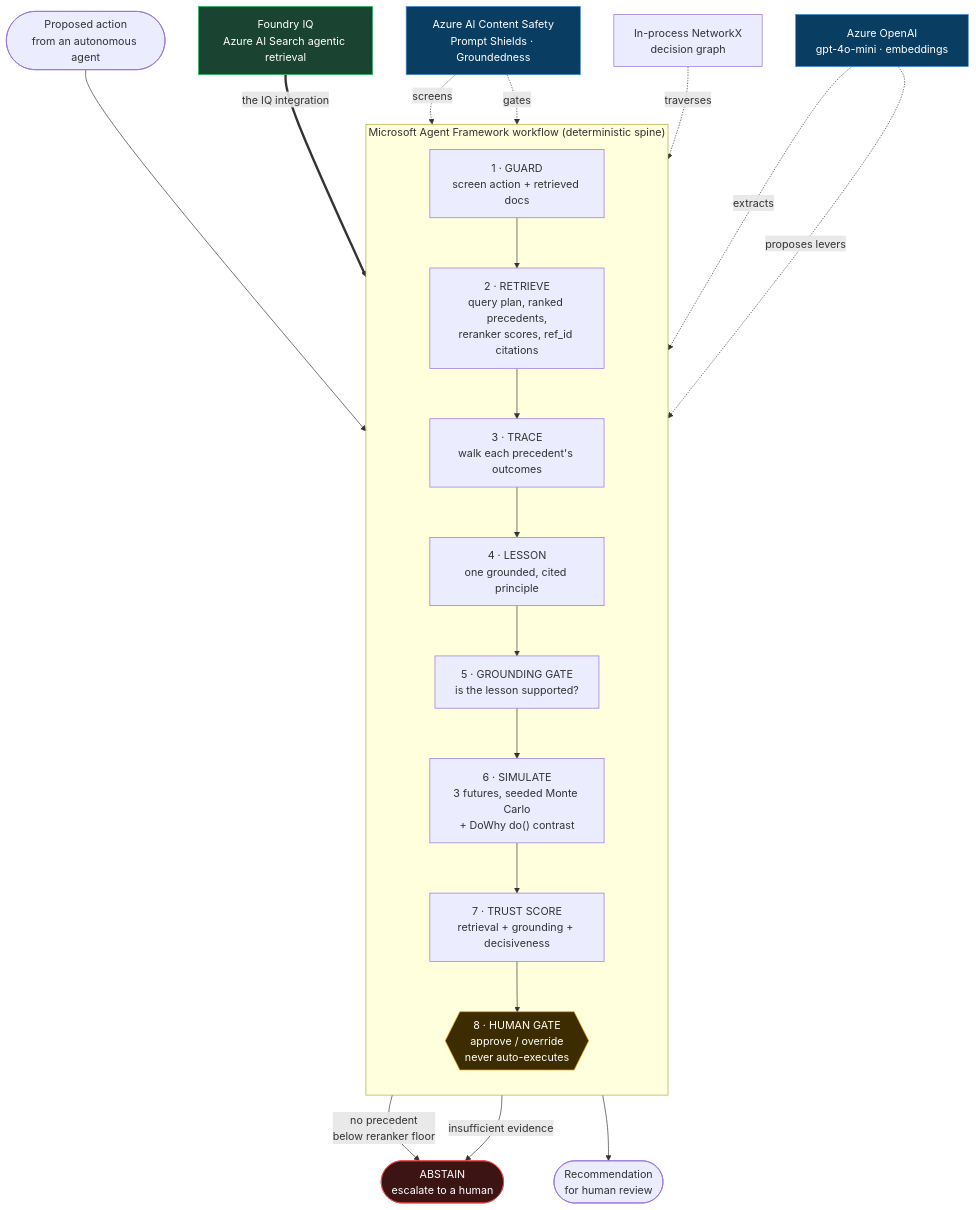
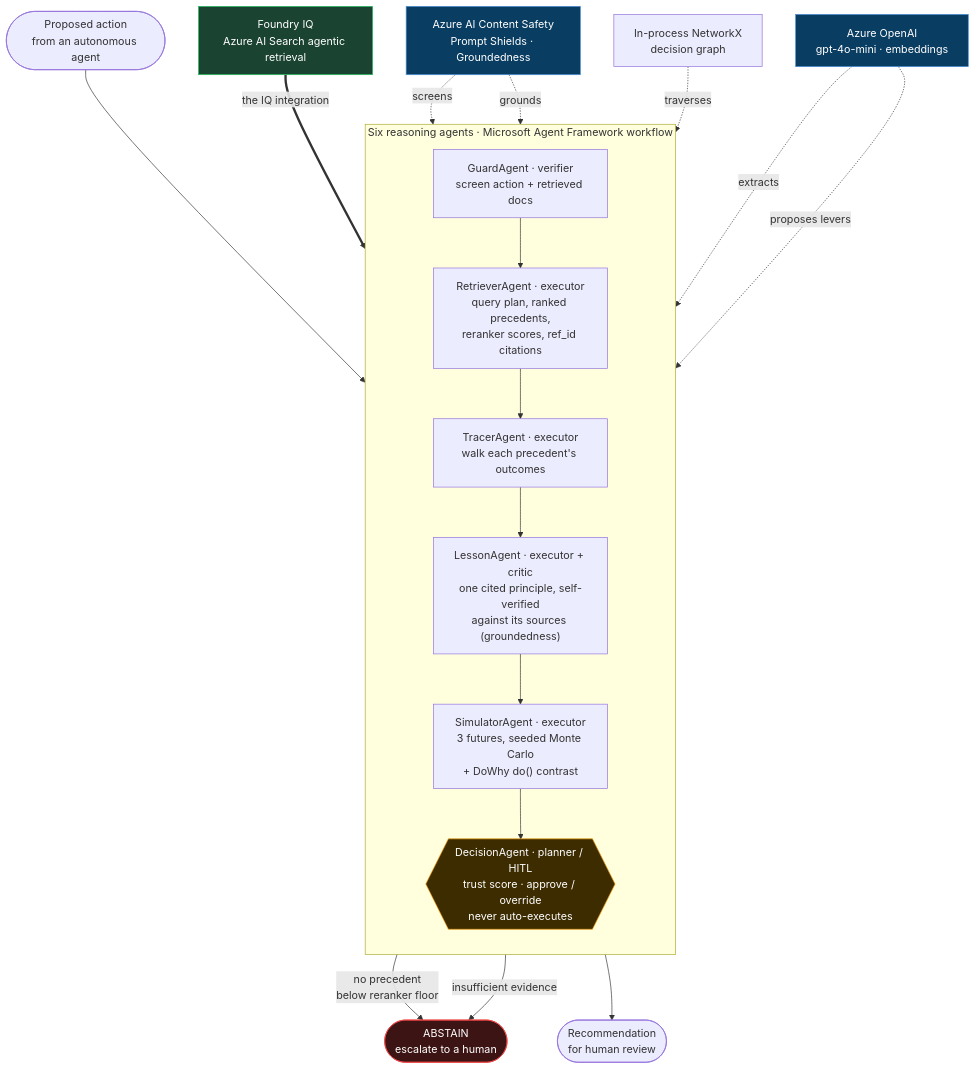
One commit to vighriday/janus changed the diagram in docs/ARCHITECTURE.md. Above: the diagram before and after it, drawn with Mermaid. The commit also changed other lines of this file and 4 other files, not shown here.

First line of the commit message:
Name the six reasoning agents and frame JANUS as a multi-agent system

````diff
--- a/docs/ARCHITECTURE.md
+++ b/docs/ARCHITECTURE.md
@@ -17,42 +18,40 @@
 ```mermaid
 flowchart TD
     A([Proposed action<br/>from an autonomous agent]) --> G
 
-    subgraph spine["Microsoft Agent Framework workflow (deterministic spine)"]
+    subgraph spine["Six reasoning agents · Microsoft Agent Framework workflow"]
         direction TB
-        G["1 · GUARD<br/>screen action + retrieved docs"]
-        R["2 · RETRIEVE<br/>query plan, ranked precedents,<br/>reranker scores, ref_id citations"]
-        T["3 · TRACE<br/>walk each precedent's outcomes"]
-        L["4 · LESSON<br/>one grounded, cited principle"]
-        GR["5 · GROUNDING GATE<br/>is the lesson supported?"]
-        SIM["6 · SIMULATE<br/>3 futures, seeded Monte Carlo<br/>+ DoWhy do() contrast"]
-        TR["7 · TRUST SCORE<br/>retrieval + grounding + decisiveness"]
-        H{{"8 · HUMAN GATE<br/>approve / override<br/>never auto-executes"}}
-        G --> R --> T --> L --> GR --> SIM --> TR --> H
+        G["GuardAgent · verifier<br/>screen action + retrieved docs"]
+        R["RetrieverAgent · executor<br/>query plan, ranked precedents,<br/>reranker scores, ref_id citations"]
+        T["TracerAgent · executor<br/>walk each precedent's outcomes"]
+        L["LessonAgent · executor + critic<br/>one cited principle, self-verified<br/>against its sources (groundedness)"]
+        SIM["SimulatorAgent · executor<br/>3 futures, seeded Monte Carlo<br/>+ DoWhy do() contrast"]
+        H{{"DecisionAgent · planner / HITL<br/>trust score · approve / override<br/>never auto-executes"}}
+        G --> R --> T --> L --> SIM --> H
     end
 
     CS["Azure AI Content Safety<br/>Prompt Shields · Groundedness"]
     IQ["Foundry IQ<br/>Azure AI Search agentic retrieval"]
     AOAI["Azure OpenAI<br/>gpt-4o-mini · embeddings"]
     GRAPH["In-process NetworkX<br/>decision graph"]
 
     CS -. screens .-> G
     IQ == "the IQ integration" ==> R
     GRAPH -. traverses .-> T
     AOAI -. extracts .-> L
-    CS -. gates .-> GR
+    CS -. grounds .-> L
     AOAI -. proposes levers .-> SIM
 
     R -- "no precedent<br/>below reranker floor" --> AB([ABSTAIN<br/>escalate to a human])
     L -- "insufficient evidence" --> AB
     H --> OUT([Recommendation<br/>for human review])
 
     classDef azure fill:#0a3d62,stroke:#4a90d9,color:#fff;
     classDef iq fill:#1b4332,stroke:#22c55e,color:#fff;
     classDef gate fill:#3d2c00,stroke:#f59e0b,color:#fff;
     classDef abstain fill:#3d1414,stroke:#ef4444,color:#fff;
     class CS,AOAI azure;
     class IQ iq;
     class H gate;
     class AB abstain;
 ```
````
